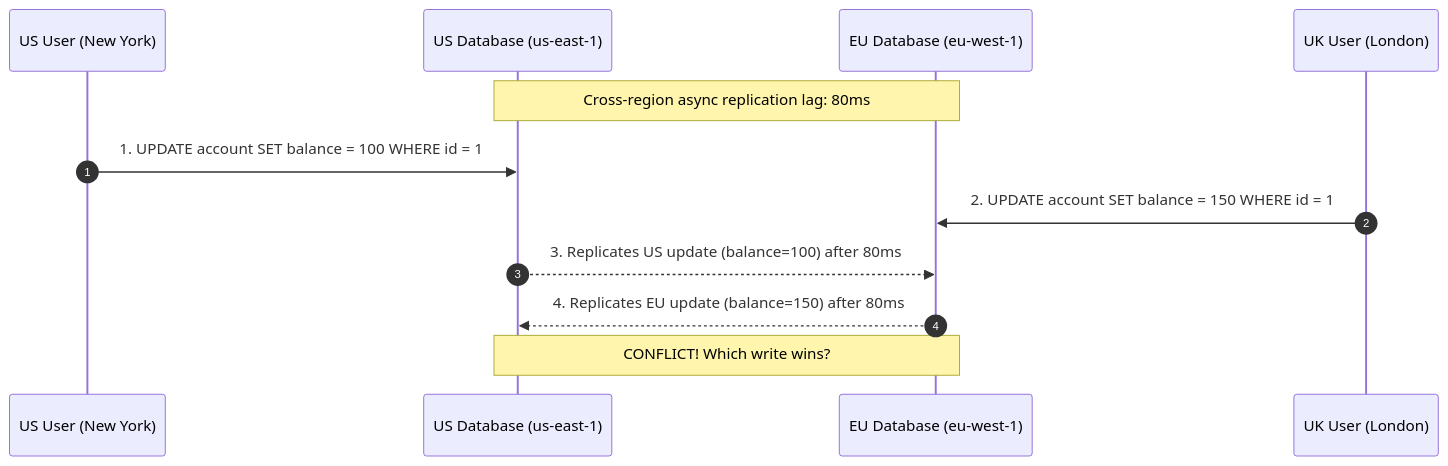
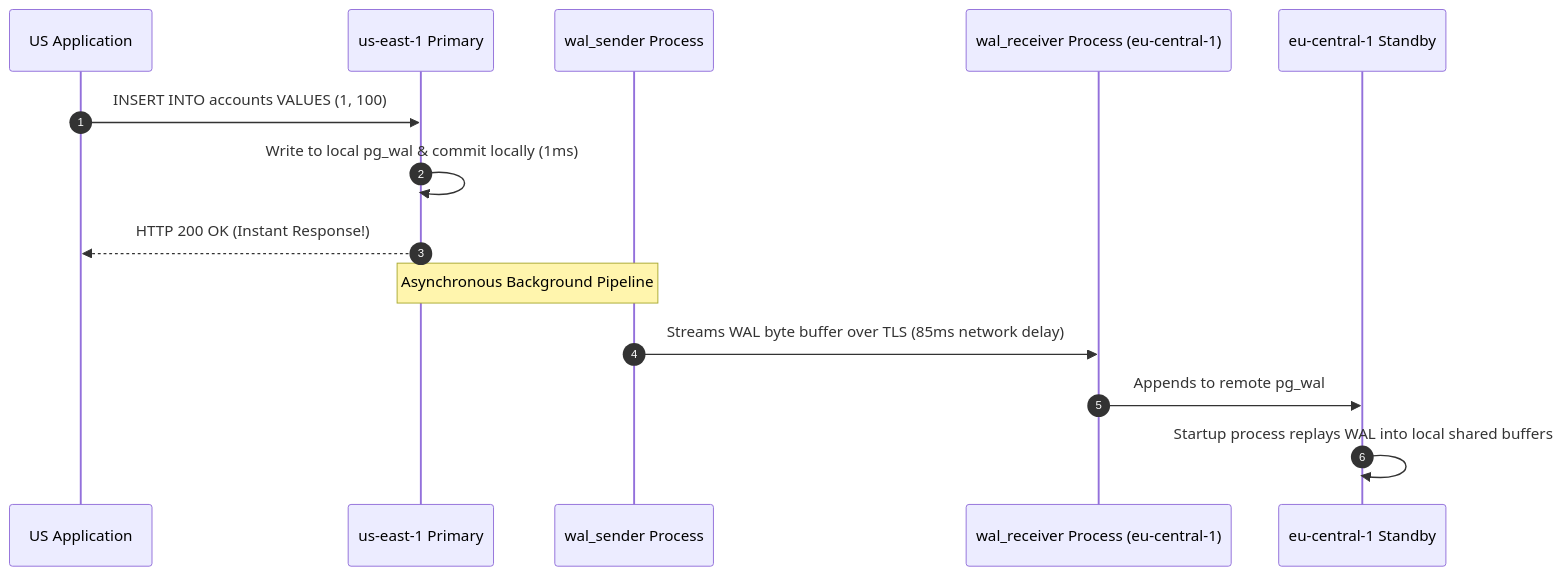
Before and after one commit to weaponxwolf/backend-engineering-mastry: the sixth of 7 diagrams in docs/system-design/multi-region-disaster-recovery.mdx, drawn with Mermaid. The commit also changed other lines of this file and 14 other files, not shown here.

Commit message:
docs: refactor and expand JPA and Hibernate architecture guide with physical memory and performance insights

````diff
--- a/docs/system-design/multi-region-disaster-recovery.mdx
+++ b/docs/system-design/multi-region-disaster-recovery.mdx
@@ -97,15 +212,17 @@
 ```mermaid
 sequenceDiagram
     autonumber
-    participant NY as US User (New York)
-    participant US_DB as US Database (us-east-1)
-    participant EU_DB as EU Database (eu-west-1)
-    participant London as UK User (London)
+    participant App as US Application
+    participant Primary as us-east-1 Primary
+    participant Sender as wal_sender Process
+    participant Receiver as wal_receiver Process (eu-central-1)
+    participant Standby as eu-central-1 Standby
 
-    Note over US_DB,EU_DB: Cross-region async replication lag: 80ms
-    NY->>US_DB: 1. UPDATE account SET balance = 100 WHERE id = 1
-    London->>EU_DB: 2. UPDATE account SET balance = 150 WHERE id = 1
-    US_DB-->>EU_DB: 3. Replicates US update (balance=100) after 80ms
-    EU_DB-->>US_DB: 4. Replicates EU update (balance=150) after 80ms
-    Note over US_DB,EU_DB: CONFLICT! Which write wins?
+    App->>Primary: INSERT INTO accounts VALUES (1, 100);
+    Primary->>Primary: Write to local pg_wal & commit locally (1ms)
+    Primary-->>App: HTTP 200 OK (Instant Response!)
+    Note over Primary,Sender: Asynchronous Background Pipeline
+    Sender->>Receiver: Streams WAL byte buffer over TLS (85ms network delay)
+    Receiver->>Standby: Appends to remote pg_wal
+    Standby->>Standby: Startup process replays WAL into local shared buffers
 ```
````
